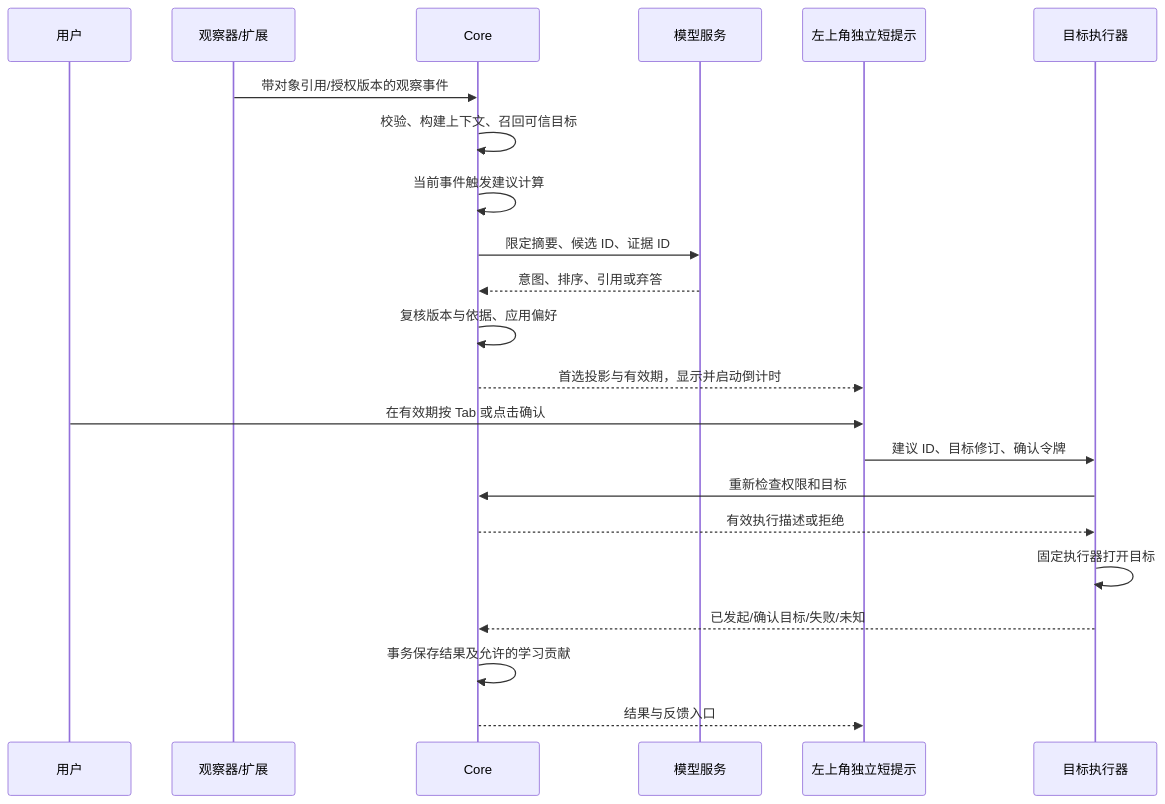
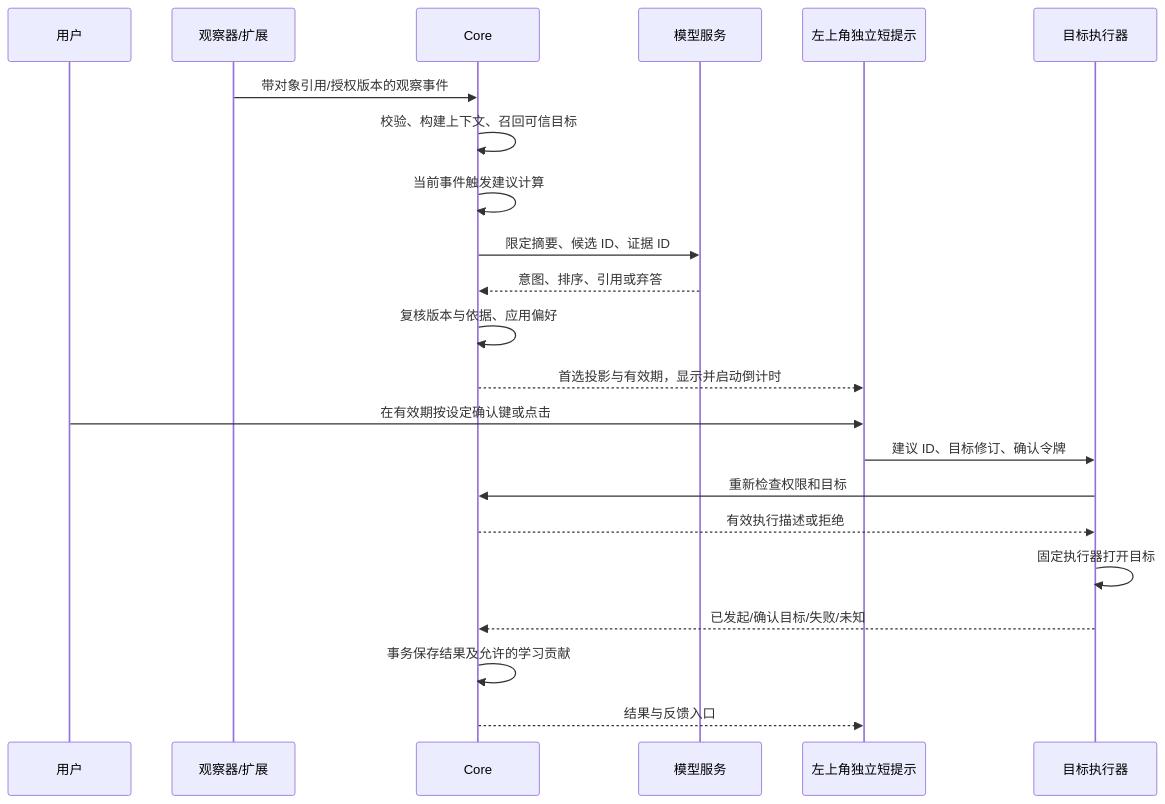
The fourth of 5 diagrams in docs/product/BUGU_猜你想做_完整实现方案.md (bread-ovO/bugu-notes), drawn with Mermaid before and after one commit. The commit also changed other lines of this file and 2 other files, not shown here.

Commit message:
docs: allow custom jump shortcuts and defer Tab hints during typing

````diff
--- a/docs/product/BUGU_猜你想做_完整实现方案.md
+++ b/docs/product/BUGU_猜你想做_完整实现方案.md
@@ -461,24 +469,24 @@
 ```mermaid
 sequenceDiagram
   participant U as 用户
   participant O as 观察器/扩展
   participant C as Core
   participant M as 模型服务
   participant P as 左上角独立短提示
   participant B as 目标执行器
   O->>C: 带对象引用/授权版本的观察事件
   C->>C: 校验、构建上下文、召回可信目标
   C->>C: 当前事件触发建议计算
   C->>M: 限定摘要、候选 ID、证据 ID
   M-->>C: 意图、排序、引用或弃答
   C->>C: 复核版本与依据、应用偏好
   C-->>P: 首选投影与有效期，显示并启动倒计时
-  U->>P: 在有效期按 Tab 或点击确认
+  U->>P: 在有效期按设定确认键或点击
   P->>B: 建议 ID、目标修订、确认令牌
   B->>C: 重新检查权限和目标
   C-->>B: 有效执行描述或拒绝
   B->>B: 固定执行器打开目标
   B-->>C: 已发起/确认目标/失败/未知
   C->>C: 事务保存结果及允许的学习贡献
   C-->>P: 结果与反馈入口
 ```
````
